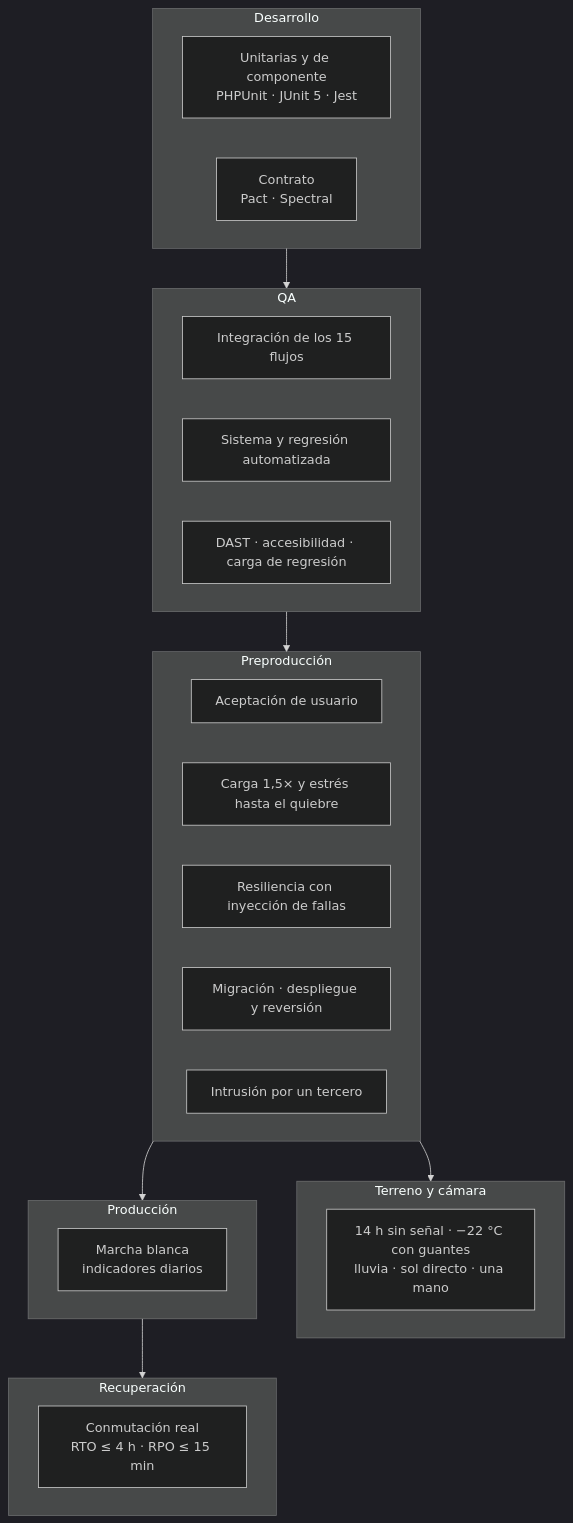
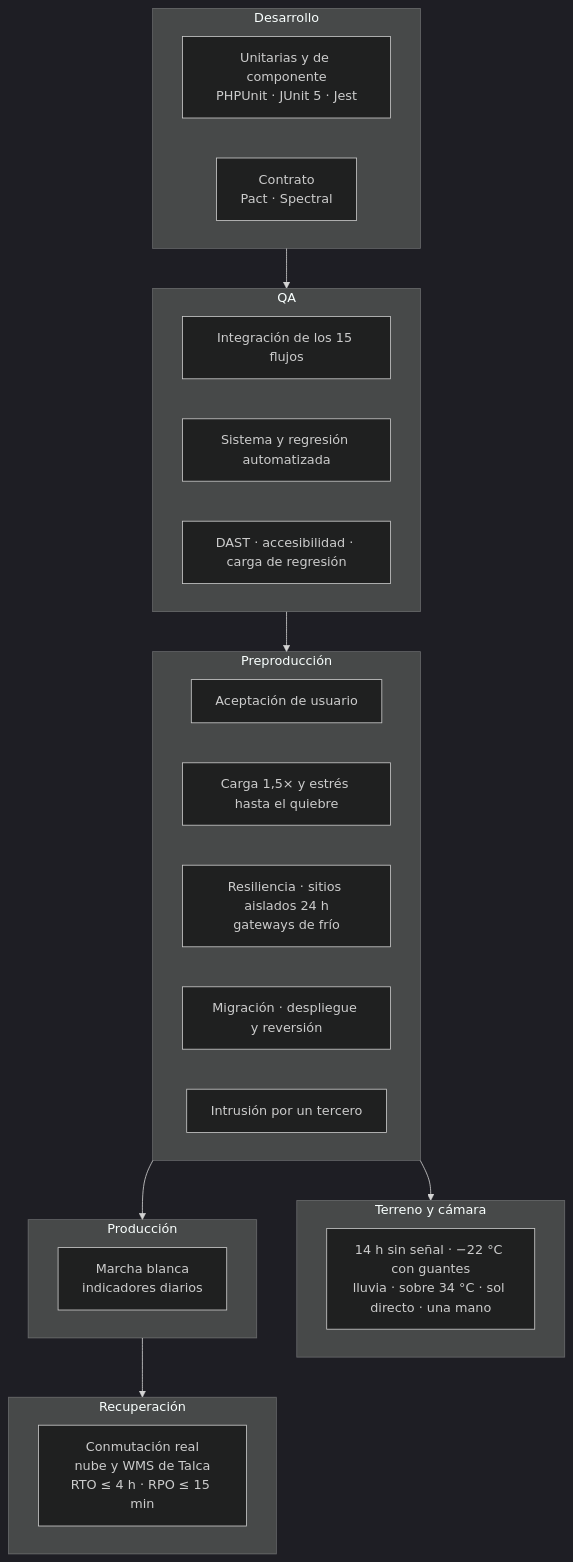
Before and after one commit to PatricioH315/LafroX: the fourth of 9 diagrams in 09_plan_calidad/v_nueva/LAFROX-Subdocumento9.md, drawn with Mermaid (dark theme). The commit also changed other lines of this file and 16 other files, not shown here.

````diff
--- a/09_plan_calidad/v_nueva/LAFROX-Subdocumento9.md
+++ b/09_plan_calidad/v_nueva/LAFROX-Subdocumento9.md
@@ -284,31 +284,31 @@
 ```mermaid
 flowchart TB
     subgraph DEV["Desarrollo"]
         D1["Unitarias y de componente<br/>PHPUnit · JUnit 5 · Jest"]
         D2["Contrato<br/>Pact · Spectral"]
     end
     subgraph QA["QA"]
         Q1["Integración de los 15 flujos"]
         Q2["Sistema y regresión automatizada"]
         Q3["DAST · accesibilidad · carga de regresión"]
     end
     subgraph PRE["Preproducción"]
         P1["Aceptación de usuario"]
         P2["Carga 1,5× y estrés hasta el quiebre"]
-        P3["Resiliencia con inyección de fallas"]
+        P3["Resiliencia · sitios aislados 24 h<br/>gateways de frío"]
         P4["Migración · despliegue y reversión"]
         P5["Intrusión por un tercero"]
     end
     subgraph TER["Terreno y cámara"]
-        T1["14 h sin señal · −22 °C con guantes<br/>lluvia · sol directo · una mano"]
+        T1["14 h sin señal · −22 °C con guantes<br/>lluvia · sobre 34 °C · sol directo · una mano"]
     end
     subgraph PROD["Producción"]
         R1["Marcha blanca<br/>indicadores diarios"]
     end
     subgraph DR["Recuperación"]
-        X1["Conmutación real<br/>RTO ≤ 4 h · RPO ≤ 15 min"]
+        X1["Conmutación real<br/>nube y WMS de Talca<br/>RTO ≤ 4 h · RPO ≤ 15 min"]
     end
     DEV --> QA --> PRE --> PROD
     PRE --> TER
     PROD --> DR
 ```
````
